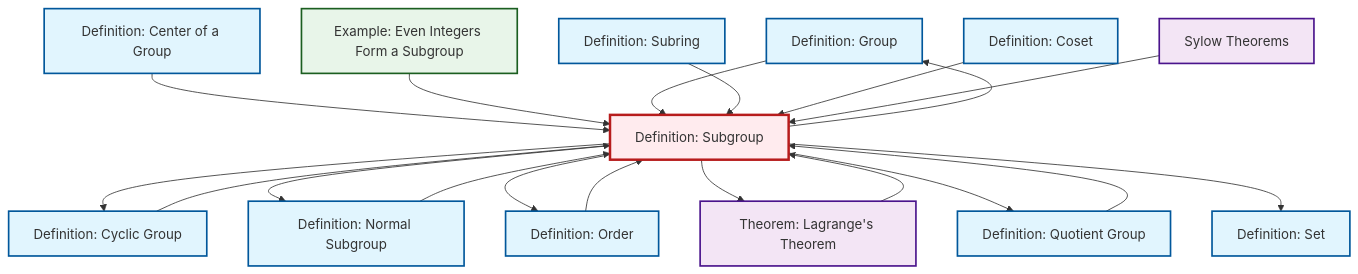
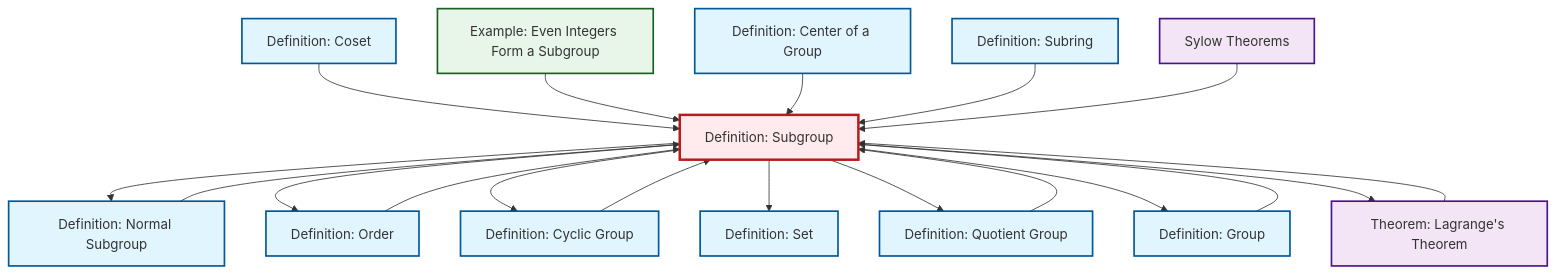
Before and after one commit to RK0429/ModernMath: the diagram in content/en/algebra/def-subgroup.qmd, drawn with Mermaid. The commit also changed other lines of this file and 654 other files, not shown here.

````diff
--- a/content/en/algebra/def-subgroup.qmd
+++ b/content/en/algebra/def-subgroup.qmd
@@ -53,53 +53,53 @@
 ```{mermaid}
 %%| fig-cap: "Local dependency graph"
 graph TD
     classDef definition fill:#e1f5fe,stroke:#01579b,stroke-width:2px
     classDef theorem fill:#f3e5f5,stroke:#4a148c,stroke-width:2px
     classDef axiom fill:#fff3e0,stroke:#e65100,stroke-width:2px
     classDef example fill:#e8f5e9,stroke:#1b5e20,stroke-width:2px
     classDef current fill:#ffebee,stroke:#b71c1c,stroke-width:3px
-    def-group["Definition: Group"]:::definition
-    thm-lagrange["Theorem: Lagrange's Theorem"]:::theorem
-    def-center-of-group["Definition: Center of a Group"]:::definition
-    def-subgroup["Definition: Subgroup"]:::definition
-    def-cyclic-group["Definition: Cyclic Group"]:::definition
-    def-quotient-group["Definition: Quotient Group"]:::definition
-    thm-sylow["Sylow Theorems"]:::theorem
-    def-normal-subgroup["Definition: Normal Subgroup"]:::definition
-    def-subring["Definition: Subring"]:::definition
     ex-even-integers-subgroup["Example: Even Integers Form a Subgroup"]:::example
-    def-order["Definition: Order"]:::definition
     def-set["Definition: Set"]:::definition
     def-coset["Definition: Coset"]:::definition
+    def-cyclic-group["Definition: Cyclic Group"]:::definition
+    def-group["Definition: Group"]:::definition
+    thm-sylow["Sylow Theorems"]:::theorem
+    def-center-of-group["Definition: Center of a Group"]:::definition
+    def-order["Definition: Order"]:::definition
+    def-quotient-group["Definition: Quotient Group"]:::definition
+    thm-lagrange["Theorem: Lagrange's Theorem"]:::theorem
+    def-subgroup["Definition: Subgroup"]:::definition
+    def-subring["Definition: Subring"]:::definition
+    def-normal-subgroup["Definition: Normal Subgroup"]:::definition
+    def-subgroup --> def-normal-subgroup
+    def-subgroup --> def-order
+    def-coset --> def-subgroup
+    def-subgroup --> def-cyclic-group
+    def-quotient-group --> def-subgroup
+    def-subgroup --> def-set
+    def-normal-subgroup --> def-subgroup
+    ex-even-integers-subgroup --> def-subgroup
+    thm-lagrange --> def-subgroup
     def-cyclic-group --> def-subgroup
+    def-subgroup --> def-quotient-group
     def-center-of-group --> def-subgroup
-    def-subgroup --> def-cyclic-group
-    ex-even-integers-subgroup --> def-subgroup
-    def-subgroup --> def-normal-subgroup
+    def-group --> def-subgroup
+    def-subgroup --> def-group
+    def-subring --> def-subgroup
+    def-subgroup --> thm-lagrange
     def-order --> def-subgroup
-    def-subgroup --> def-order
-    def-quotient-group --> def-subgroup
-    def-group --> def-subgroup
-    def-subring --> def-subgroup
-    def-normal-subgroup --> def-subgroup
-    def-subgroup --> thm-lagrange
-    def-coset --> def-subgroup
-    def-subgroup --> def-quotient-group
-    def-subgroup --> def-group
-    thm-lagrange --> def-subgroup
     thm-sylow --> def-subgroup
-    def-subgroup --> def-set
     class def-subgroup current
-    click def-group "def-group.html" "Go to Group definition"
-    click thm-lagrange "thm-lagrange.html" "Go to Lagrange's Theorem theorem"
-    click def-center-of-group "def-center-of-group.html" "Go to Center of a Group definition"
-    click def-cyclic-group "def-cyclic-group.html" "Go to Cyclic Group definition"
-    click def-quotient-group "def-quotient-group.html" "Go to Quotient Group definition"
-    click thm-sylow "thm-sylow.html" "Go to Sylow Theorems"
-    click def-normal-subgroup "def-normal-subgroup.html" "Go to Normal Subgroup definition"
-    click def-subring "def-subring.html" "Go to Subring definition"
     click ex-even-integers-subgroup "ex-even-integers-subgroup.html" "Go to Even Integers Form a Subgroup example"
-    click def-order "def-order.html" "Go to Order definition"
     click def-set "def-set.html" "Go to Set definition"
     click def-coset "def-coset.html" "Go to Coset definition"
+    click def-cyclic-group "def-cyclic-group.html" "Go to Cyclic Group definition"
+    click def-group "def-group.html" "Go to Group definition"
+    click thm-sylow "thm-sylow.html" "Go to Sylow Theorems"
+    click def-center-of-group "def-center-of-group.html" "Go to Center of a Group definition"
+    click def-order "def-order.html" "Go to Order definition"
+    click def-quotient-group "def-quotient-group.html" "Go to Quotient Group definition"
+    click thm-lagrange "thm-lagrange.html" "Go to Lagrange's Theorem theorem"
+    click def-subring "def-subring.html" "Go to Subring definition"
+    click def-normal-subgroup "def-normal-subgroup.html" "Go to Normal Subgroup definition"
 ```
````
